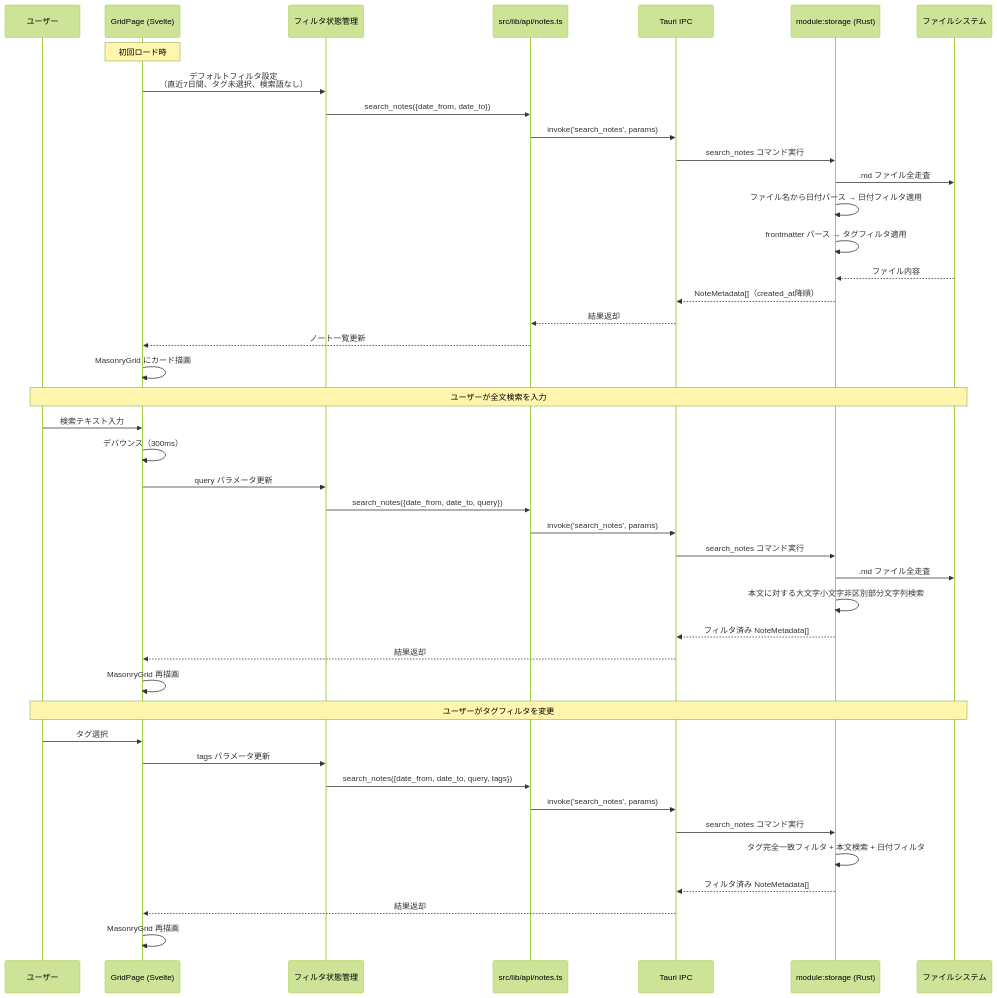
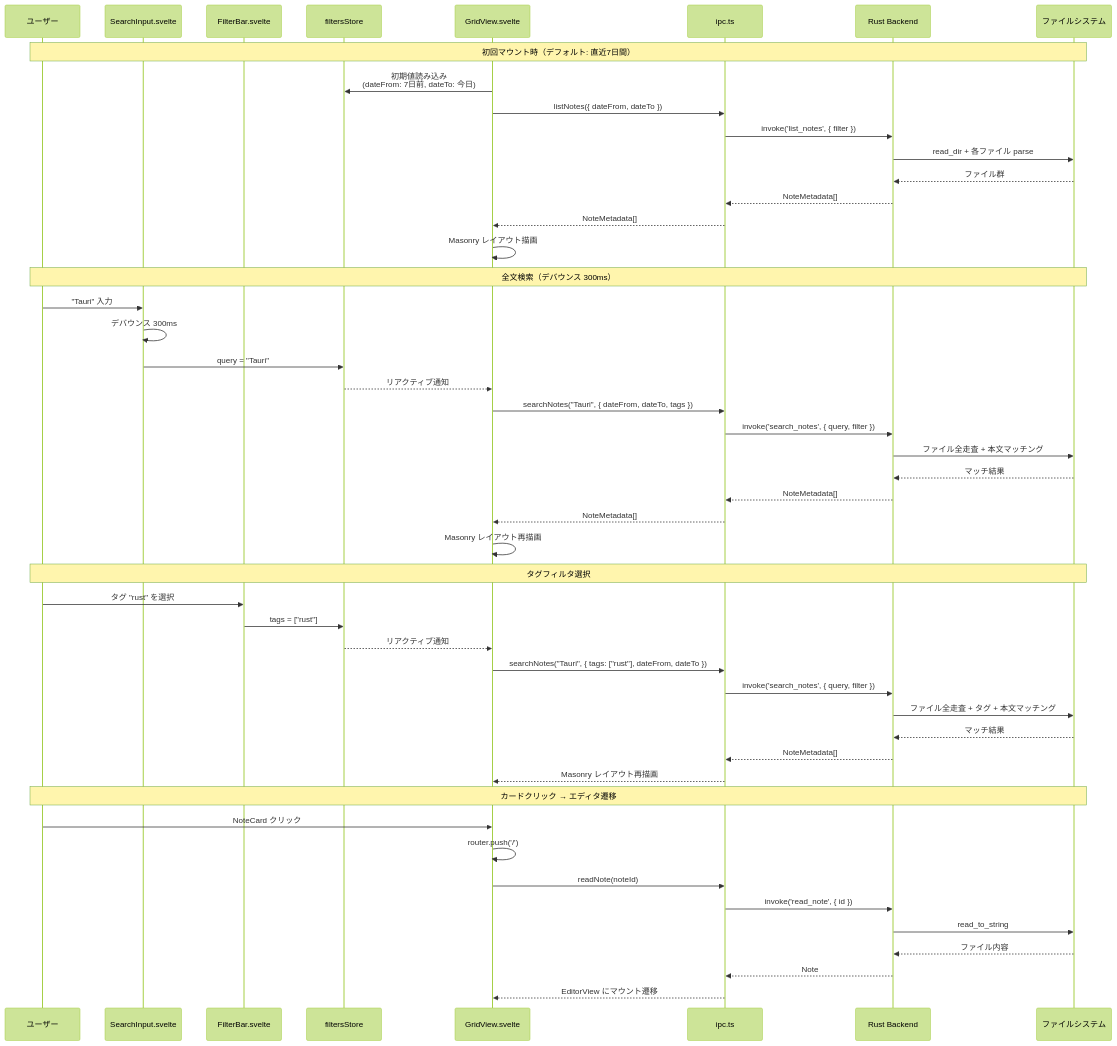
One commit to dev-komenzar/prompt-notes changed the second of 3 diagrams in docs/detailed_design/grid_search_design.md. Above: the diagram before and after it, drawn with Mermaid (forest theme). The commit also changed other lines of this file and 7 other files, not shown here.

````diff
--- a/docs/detailed_design/grid_search_design.md
+++ b/docs/detailed_design/grid_search_design.md
@@ -117,48 +121,55 @@
 ```mermaid
 sequenceDiagram
     participant User as ユーザー
-    participant FE as GridPage (Svelte)
-    participant Filter as フィルタ状態管理
-    participant API as src/lib/api/notes.ts
-    participant IPC as Tauri IPC
-    participant RS as module:storage (Rust)
+    participant Search as SearchInput.svelte
+    participant Filter as FilterBar.svelte
+    participant FStore as filtersStore
+    participant Grid as GridView.svelte
+    participant IPC as ipc.ts
+    participant Rust as Rust Backend
     participant FS as ファイルシステム
 
-    Note over FE: 初回ロード時
-    FE->>Filter: デフォルトフィルタ設定<br/>（直近7日間、タグ未選択、検索語なし）
-    Filter->>API: search_notes({date_from, date_to})
-    API->>IPC: invoke('search_notes', params)
-    IPC->>RS: search_notes コマンド実行
-    RS->>FS: .md ファイル全走査
-    RS->>RS: ファイル名から日付パース → 日付フィルタ適用
-    RS->>RS: frontmatter パース → タグフィルタ適用
-    FS-->>RS: ファイル内容
-    RS-->>IPC: NoteMetadata[]（created_at降順）
-    IPC-->>API: 結果返却
-    API-->>FE: ノート一覧更新
-    FE->>FE: MasonryGrid にカード描画
+    Note over User, FS: 初回マウント時（デフォルト: 直近7日間）
+    Grid->>FStore: 初期値読み込み<br/>(dateFrom: 7日前, dateTo: 今日)
+    Grid->>IPC: listNotes({ dateFrom, dateTo })
+    IPC->>Rust: invoke('list_notes', { filter })
+    Rust->>FS: read_dir + 各ファイル parse
+    FS-->>Rust: ファイル群
+    Rust-->>IPC: NoteMetadata[]
+    IPC-->>Grid: NoteMetadata[]
+    Grid->>Grid: Masonry レイアウト描画
 
-    Note over User,FS: ユーザーが全文検索を入力
-    User->>FE: 検索テキスト入力
-    FE->>FE: デバウンス（300ms）
-    FE->>Filter: query パラメータ更新
-    Filter->>API: search_notes({date_from, date_to, query})
-    API->>IPC: invoke('search_notes', params)
-    IPC->>RS: search_notes コマンド実行
-    RS->>FS: .md ファイル全走査
-    RS->>RS: 本文に対する大文字小文字非区別部分文字列検索
-    RS-->>IPC: フィルタ済み NoteMetadata[]
-    IPC-->>FE: 結果返却
-    FE->>FE: MasonryGrid 再描画
+    Note over User, FS: 全文検索（デバウンス 300ms）
+    User->>Search: "Tauri" 入力
+    Search->>Search: デバウンス 300ms
+    Search->>FStore: query = "Tauri"
+    FStore-->>Grid: リアクティブ通知
+    Grid->>IPC: searchNotes("Tauri", { dateFrom, dateTo, tags })
+    IPC->>Rust: invoke('search_notes', { query, filter })
+    Rust->>FS: ファイル全走査 + 本文マッチング
+    FS-->>Rust: マッチ結果
+    Rust-->>IPC: NoteMetadata[]
+    IPC-->>Grid: NoteMetadata[]
+    Grid->>Grid: Masonry レイアウト再描画
 
-    Note over User,FS: ユーザーがタグフィルタを変更
-    User->>FE: タグ選択
-    FE->>Filter: tags パラメータ更新
-    Filter->>API: search_notes({date_from, date_to, query, tags})
-    API->>IPC: invoke('search_notes', params)
-    IPC->>RS: search_notes コマンド実行
-    RS->>RS: タグ完全一致フィルタ + 本文検索 + 日付フィルタ
-    RS-->>IPC: フィルタ済み NoteMetadata[]
-    IPC-->>FE: 結果返却
-    FE->>FE: MasonryGrid 再描画
+    Note over User, FS: タグフィルタ選択
+    User->>Filter: タグ "rust" を選択
+    Filter->>FStore: tags = ["rust"]
+    FStore-->>Grid: リアクティブ通知
+    Grid->>IPC: searchNotes("Tauri", { tags: ["rust"], dateFrom, dateTo })
+    IPC->>Rust: invoke('search_notes', { query, filter })
+    Rust->>FS: ファイル全走査 + タグ + 本文マッチング
+    FS-->>Rust: マッチ結果
+    Rust-->>IPC: NoteMetadata[]
+    IPC-->>Grid: Masonry レイアウト再描画
+
+    Note over User, FS: カードクリック → エディタ遷移
+    User->>Grid: NoteCard クリック
+    Grid->>Grid: router.push('/')
+    Grid->>IPC: readNote(noteId)
+    IPC->>Rust: invoke('read_note', { id })
+    Rust->>FS: read_to_string
+    FS-->>Rust: ファイル内容
+    Rust-->>IPC: Note
+    IPC-->>Grid: EditorView にマウント遷移
 ```
````
